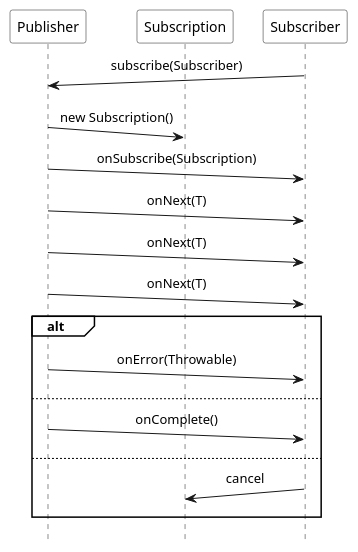
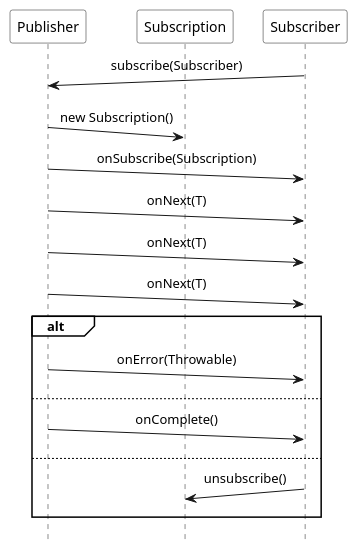
One commit to ti-cortex-m4/demo-java-reactive-streams-old changed the diagram in images/pattern_Reactive_Extensions.puml. Above: the diagram before and after it, drawn with PlantUML. The commit also changed 1 other file, not shown here.

```diff
--- a/images/pattern_Reactive_Extensions.puml
+++ b/images/pattern_Reactive_Extensions.puml
@@ -1,36 +1,36 @@
 @startuml
 
 scale 1.0
 hide footbox
 
 !pragma teoz true
 
 skinparam monochrome true
 skinparam defaultFontName Source Sans Pro
 skinparam sequenceMessageAlign center
 skinparam participantBackgroundColor #white
 skinparam noteBackgroundColor #white
 skinparam sequenceGroupBackgroundColor #white
 skinparam participantPadding 10
 
 participant Publisher
 participant Subscription
 participant Subscriber
 
 Subscriber ->(10) Publisher : subscribe(Subscriber)
 Publisher ->(10) Subscription : new Subscription()
 Publisher ->(10) Subscriber : onSubscribe(Subscription)
 
 Publisher ->(10) Subscriber : onNext(T)
 Publisher ->(10) Subscriber : onNext(T)
 Publisher ->(10) Subscriber : onNext(T)
 
 alt
     Publisher ->(10) Subscriber : onError(Throwable)
 else
     Publisher ->(10) Subscriber : onComplete()
 else
-    Subscriber ->(10) Subscription : cancel
+    Subscriber ->(10) Subscription : unsubscribe()
 end
 
 @enduml
```
